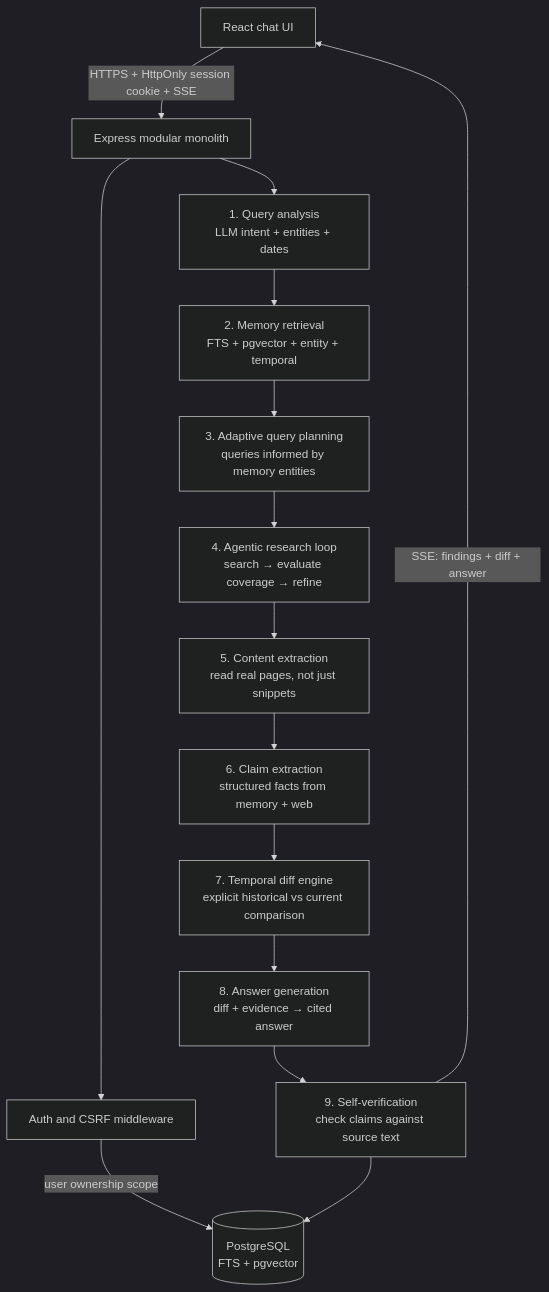
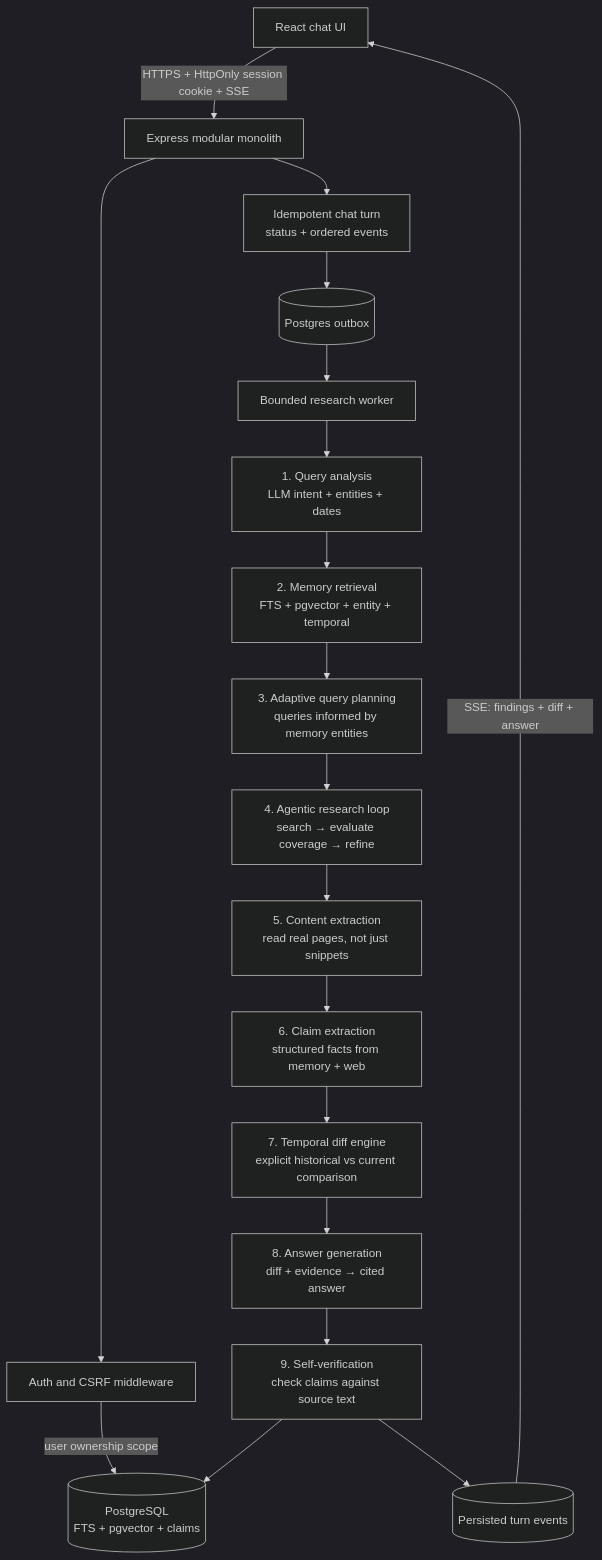
Before and after one commit to 05tanish/MINIMI_CHALLANGE: the diagram in DESIGN.md, drawn with Mermaid (dark theme). The commit also changed other lines of this file and 18 other files, not shown here.

Commit message:
feat: implement durable chat turns, outbox workers, and persisted claims

````diff
--- a/DESIGN.md
+++ b/DESIGN.md
@@ -7,17 +7,21 @@
 ```mermaid
 flowchart TD
   UI[React chat UI] -->|HTTPS + HttpOnly session cookie + SSE| API[Express modular monolith]
   API --> AUTH[Auth and CSRF middleware]
   AUTH -->|user ownership scope| DB[(PostgreSQL + pgvector)]
-  API --> PARSE[1. Query analysis<br/>LLM intent + entities + dates]
+  API --> TURN[Idempotent chat turn<br/>status + ordered events]
+  TURN --> OUTBOX[(Postgres outbox)]
+  OUTBOX --> WORKER[Bounded research worker]
+  WORKER --> PARSE[1. Query analysis<br/>LLM intent + entities + dates]
   PARSE --> MEM[2. Memory retrieval<br/>FTS + pgvector + entity + temporal]
   MEM --> PLAN[3. Adaptive query planning<br/>queries informed by memory entities]
   PLAN --> LOOP[4. Agentic research loop<br/>search → evaluate coverage → refine]
   LOOP --> EXTRACT[5. Content extraction<br/>read real pages, not just snippets]
   EXTRACT --> CLAIMS[6. Claim extraction<br/>structured facts from memory + web]
   CLAIMS --> DIFF[7. Temporal diff engine<br/>explicit historical vs current comparison]
   DIFF --> LLM[8. Answer generation<br/>diff + evidence → cited answer]
   LLM --> VERIFY[9. Self-verification<br/>check claims against source text]
-  VERIFY --> DB[(PostgreSQL<br/>FTS + pgvector)]
-  VERIFY -->|SSE: findings + diff + answer| UI
+  VERIFY --> DB[(PostgreSQL<br/>FTS + pgvector + claims)]
+  VERIFY --> EVENTS[(Persisted turn events)]
+  EVENTS -->|SSE: findings + diff + answer| UI
 ```
````
